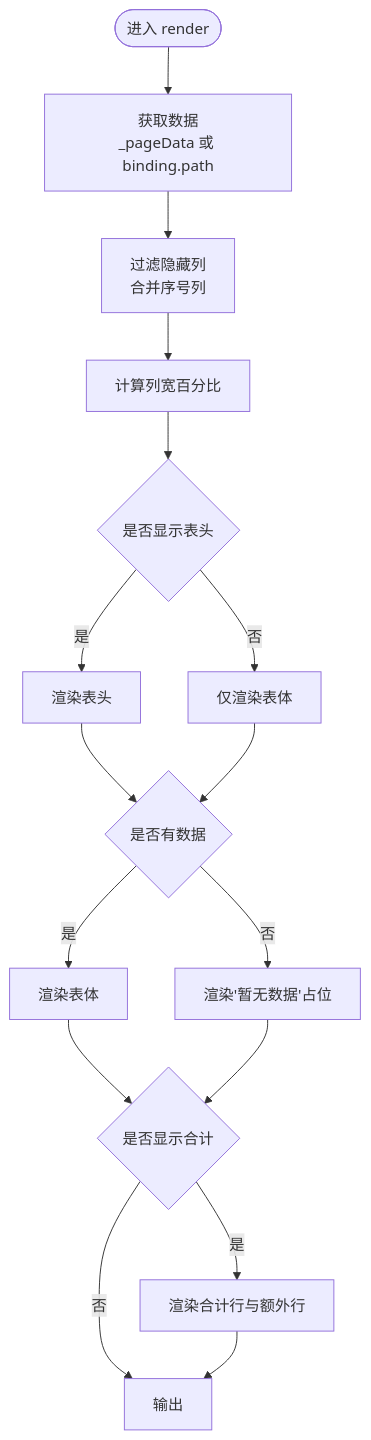
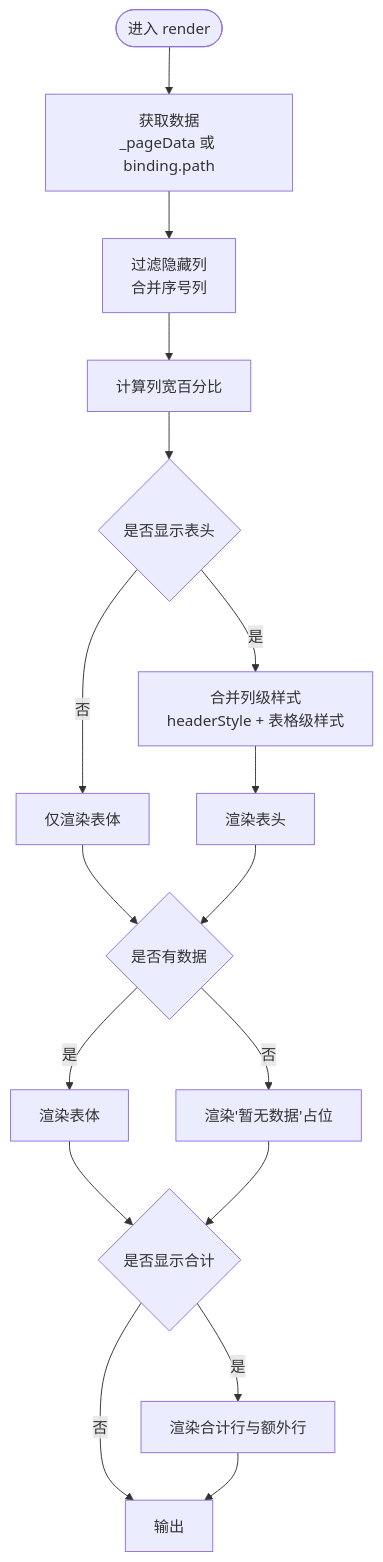
Before and after one commit to joker-yjc/printer: the third of 5 diagrams in .qoder/repowiki/zh/content/项目概述/核心特性/组件库系统/表格组件.md, drawn with Mermaid. The commit also changed other lines of this file and 128 other files, not shown here.

````diff
--- a/.qoder/repowiki/zh/content/项目概述/核心特性/组件库系统/表格组件.md
+++ b/.qoder/repowiki/zh/content/项目概述/核心特性/组件库系统/表格组件.md
@@ -144,18 +161,19 @@
 ```mermaid
 flowchart TD
 Start(["进入 render"]) --> GetData["获取数据<br/>_pageData 或 binding.path"]
 GetData --> GetCols["过滤隐藏列<br/>合并序号列"]
 GetCols --> WidthCalc["计算列宽百分比"]
 WidthCalc --> HeaderCheck{"是否显示表头"}
-HeaderCheck --> |是| RenderHeader["渲染表头<th>"]
+HeaderCheck --> |是| MergeStyles["合并列级样式<br/>headerStyle + 表格级样式"]
 HeaderCheck --> |否| BodyOnly["仅渲染表体"]
-RenderHeader --> BodyCheck{"是否有数据"}
-BodyOnly --> BodyCheck
+MergeStyles --> RenderHeader["渲染表头<th>"]
+BodyOnly --> BodyCheck{"是否有数据"}
+RenderHeader --> BodyCheck
 BodyCheck --> |是| RenderBody["渲染表体<tr><td>"]
 BodyCheck --> |否| NoData["渲染'暂无数据'占位"]
 RenderBody --> SummaryCheck{"是否显示合计"}
 NoData --> SummaryCheck
 SummaryCheck --> |是| RenderSummary["渲染合计行与额外行"]
 SummaryCheck --> |否| Done["输出<table>"]
 RenderSummary --> Done
 ```
````
